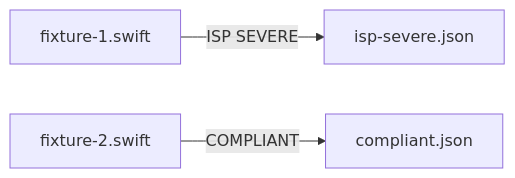
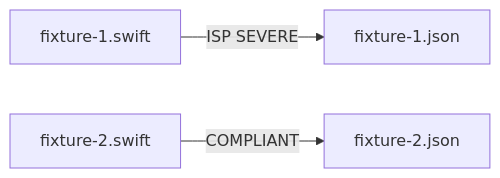
Before and after one commit to Swift-Gurus/solid-coder: the diagram in .claude/specs/SPEC-001-solid-coder/features/SPEC-013-principle-review-test-harness/subtasks/SPEC-017-isp-fixtures/Spec.md, drawn with Mermaid. The commit also changed other lines of this file and 687 other files, not shown here.

````diff
--- a/.claude/specs/SPEC-001-solid-coder/features/SPEC-013-principle-review-test-harness/subtasks/SPEC-017-isp-fixtures/Spec.md
+++ b/.claude/specs/SPEC-001-solid-coder/features/SPEC-013-principle-review-test-harness/subtasks/SPEC-017-isp-fixtures/Spec.md
@@ -50,5 +50,5 @@
 ```mermaid
 graph LR
-    F1[fixture-1.swift] -->|ISP SEVERE| E1[isp-severe.json]
-    F2[fixture-2.swift] -->|COMPLIANT| E2[compliant.json]
+    F1[fixture-1.swift] -->|ISP SEVERE| E1[fixture-1.json]
+    F2[fixture-2.swift] -->|COMPLIANT| E2[fixture-2.json]
 ```
````
